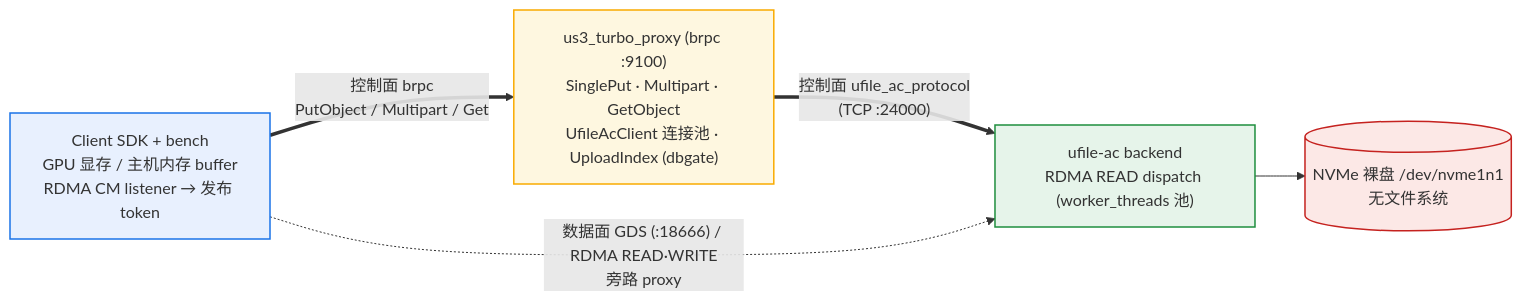
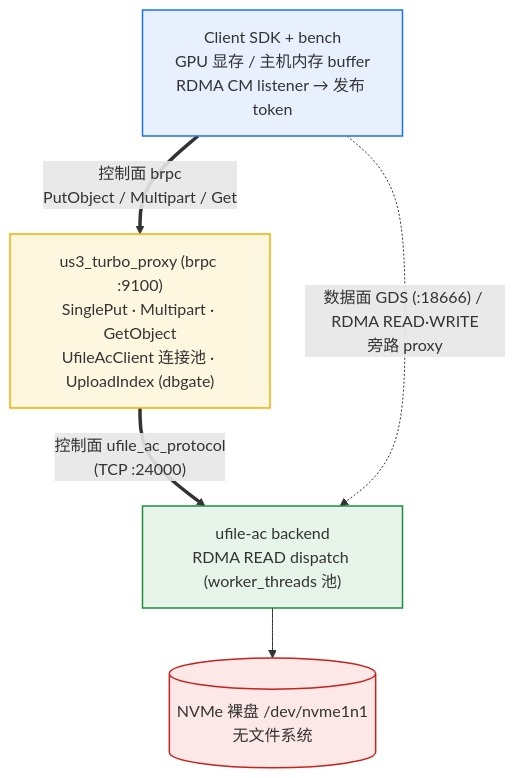
The first of 3 diagrams in docs/PROJECT_OVERVIEW.md (Starlight15/Us3Turbo), drawn with Mermaid before and after one commit.

Commit message:
docs: §2.1 三层拓扑图改竖向（flowchart LR → TB）
Client → Proxy → Backend → NVMe 纵向排列，数据面虚线旁路 proxy 更直观。

````diff
--- a/docs/PROJECT_OVERVIEW.md
+++ b/docs/PROJECT_OVERVIEW.md
@@ -53,21 +53,21 @@
 ```mermaid
-flowchart LR
+flowchart TB
   CL["Client SDK + bench<br/>GPU 显存 / 主机内存 buffer<br/>RDMA CM listener → 发布 token"]
   PX["us3_turbo_proxy (brpc :9100)<br/>SinglePut · Multipart · GetObject<br/>UfileAcClient 连接池 · UploadIndex (dbgate)"]
   DISP["ufile-ac backend<br/>RDMA READ dispatch (worker_threads 池)"]
   NVMe[("NVMe 裸盘 /dev/nvme1n1<br/>无文件系统")]
 
   CL ==>|"控制面 brpc<br/>PutObject / Multipart / Get"| PX
   PX ==>|"控制面 ufile_ac_protocol<br/>(TCP :24000)"| DISP
   CL -.->|"数据面 GDS (:18666) / RDMA READ·WRITE<br/>旁路 proxy"| DISP
   DISP --> NVMe
 
   classDef client fill:#e8f0fe,stroke:#1a73e8,stroke-width:1.5px
   classDef proxy  fill:#fef7e0,stroke:#f9ab00,stroke-width:1.5px
   classDef back   fill:#e6f4ea,stroke:#1e8e3e,stroke-width:1.5px
   classDef disk   fill:#fce8e6,stroke:#c5221f,stroke-width:1.5px
   class CL client
   class PX proxy
   class DISP back
   class NVMe disk
 ```
````
